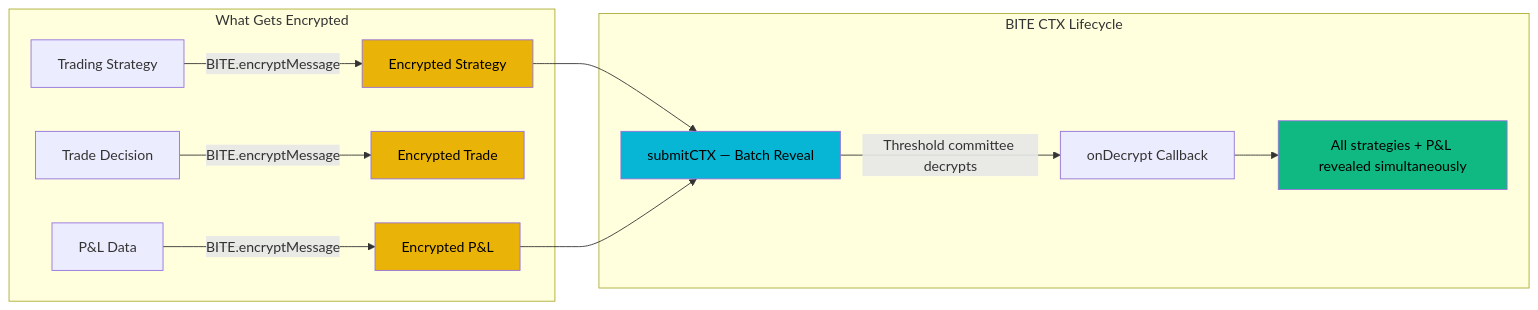
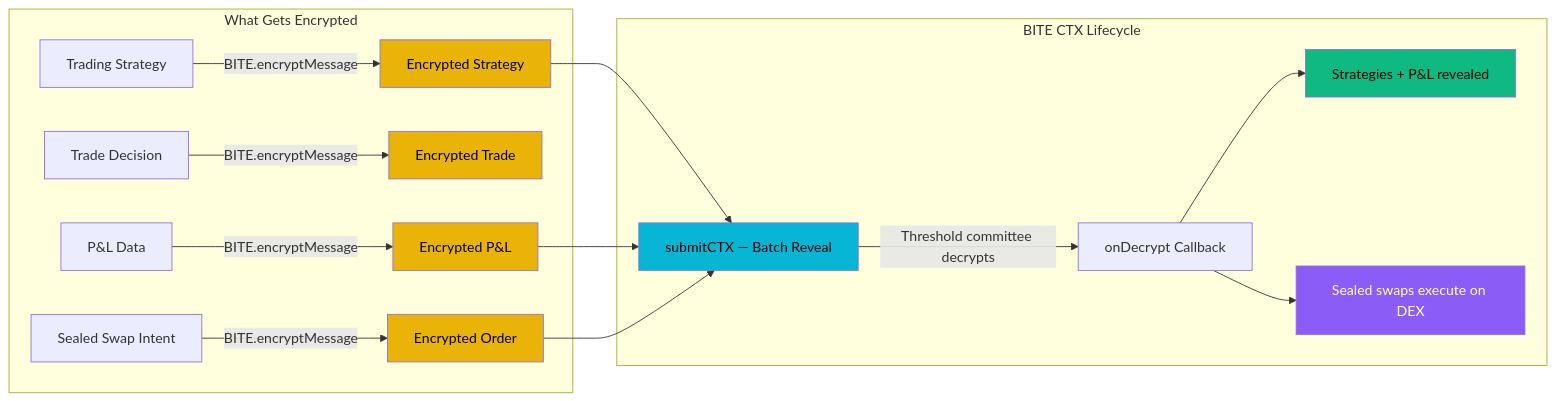
Before and after one commit to akash-mondal/pixie: the fourth of 6 diagrams in README.md, drawn with Mermaid. The commit also changed other lines of this file and 16 other files, not shown here.

First line of the commit message:
feat: sealed conviction orders — load-bearing BITE encryption

````diff
--- a/README.md
+++ b/README.md
@@ -124,21 +197,26 @@
 ```mermaid
 graph LR
     subgraph "What Gets Encrypted"
         A[Trading Strategy] -->|"BITE.encryptMessage"| E1[Encrypted Strategy]
         B[Trade Decision] -->|"BITE.encryptMessage"| E2[Encrypted Trade]
         C[P&L Data] -->|"BITE.encryptMessage"| E3[Encrypted P&L]
+        D2[Sealed Swap Intent] -->|"BITE.encryptMessage"| E4[Encrypted Order]
     end
 
     subgraph "BITE CTX Lifecycle"
         E1 --> CTX[submitCTX — Batch Reveal]
         E3 --> CTX
+        E4 --> CTX
         CTX -->|"Threshold committee decrypts"| D[onDecrypt Callback]
-        D --> R[All strategies + P&L revealed simultaneously]
+        D --> R[Strategies + P&L revealed]
+        D --> S[Sealed swaps execute on DEX]
     end
 
     style E1 fill:#eab308,color:#000
     style E2 fill:#eab308,color:#000
     style E3 fill:#eab308,color:#000
+    style E4 fill:#eab308,color:#000
     style CTX fill:#06b6d4,color:#000
     style R fill:#10b981,color:#000
+    style S fill:#8b5cf6,color:#fff
 ```
````
